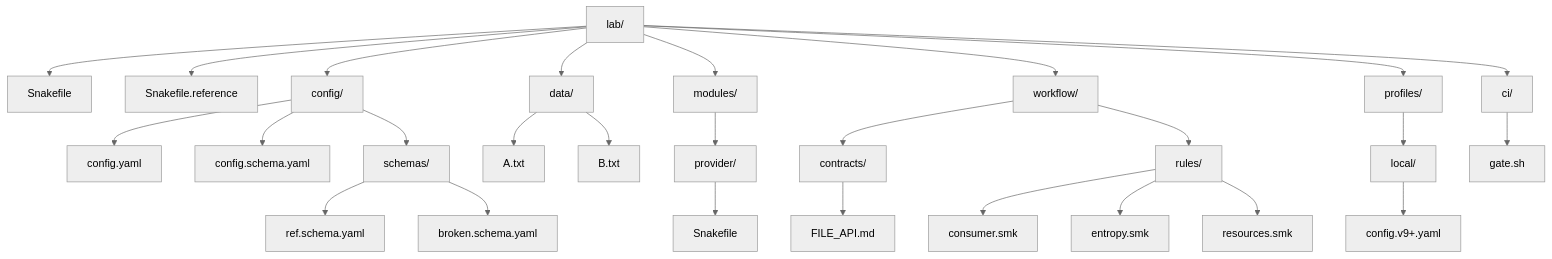
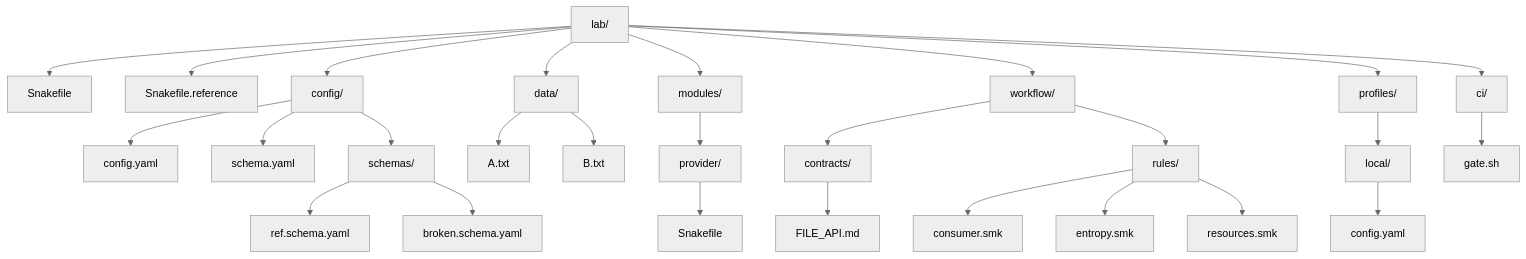
One commit to bijux/bijux-masterclass changed the fourth of 7 diagrams in programs/reproducible-research/deep-dive-snakemake/course-book/module-04-scaling-workflows-interface-boundaries/index.md. Above: the diagram before and after it, drawn with Mermaid (neutral theme). The commit also changed other lines of this file, not shown here.

Commit message:
docs(deep-dive-snakemake): refresh module 04 config paths

````diff
--- a/programs/reproducible-research/deep-dive-snakemake/course-book/module-04-scaling-workflows-interface-boundaries/index.md
+++ b/programs/reproducible-research/deep-dive-snakemake/course-book/module-04-scaling-workflows-interface-boundaries/index.md
@@ -121,30 +121,30 @@
 ```mermaid
 graph TD
   lab["lab/"]
   lab --> snakefile["Snakefile"]
   lab --> reference["Snakefile.reference"]
   lab --> config["config/"]
   lab --> data["data/"]
   lab --> modules["modules/"]
   lab --> workflow["workflow/"]
   lab --> profiles["profiles/"]
   lab --> ci["ci/"]
   config --> configYaml["config.yaml"]
-  config --> schemaYaml["config.schema.yaml"]
+  config --> schemaYaml["schema.yaml"]
   config --> schemas["schemas/"]
   schemas --> refSchema["ref.schema.yaml"]
   schemas --> brokenSchema["broken.schema.yaml"]
   data --> a["A.txt"]
   data --> b["B.txt"]
   modules --> provider["provider/"]
   provider --> providerSnakefile["Snakefile"]
   workflow --> contracts["contracts/"]
   workflow --> rules["rules/"]
   contracts --> fileApi["FILE_API.md"]
   rules --> consumer["consumer.smk"]
   rules --> entropy["entropy.smk"]
   rules --> resources["resources.smk"]
   profiles --> local["local/"]
-  local --> profileConfig["config.v9+.yaml"]
+  local --> profileConfig["config.yaml"]
   ci --> gate["gate.sh"]
 ```
````
